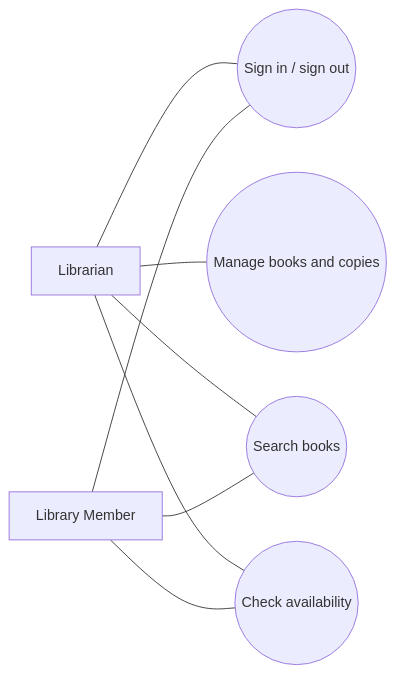
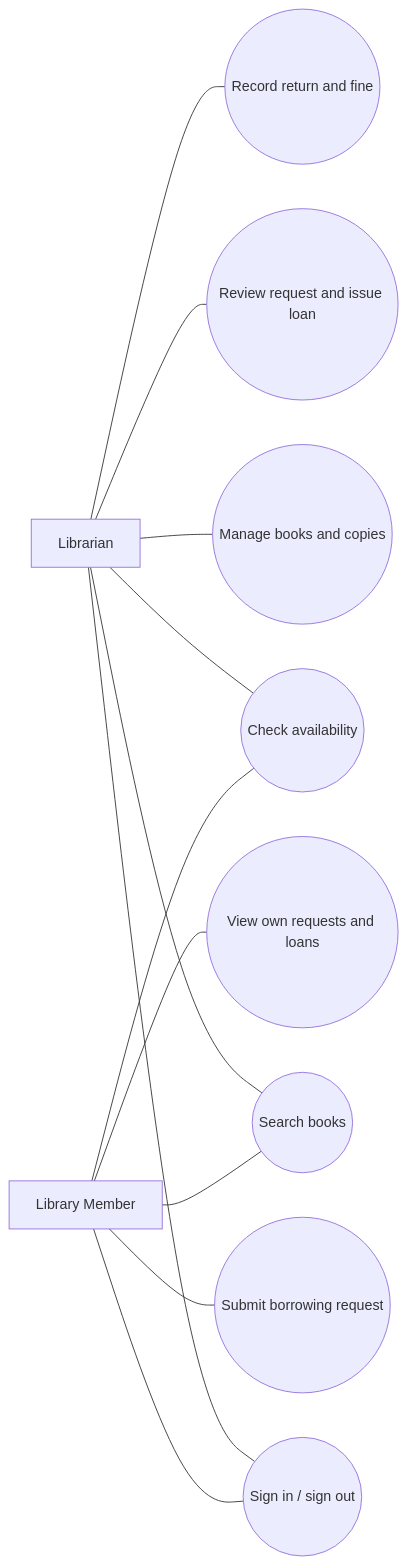
The diagram in docs/design/use-case-diagram.mmd (trithanh1577/261_72ITSE41704_2474802010400_E-Library), drawn with Mermaid before and after one commit. The commit also changed 35 other files, not shown here.

```diff
--- a/docs/design/use-case-diagram.mmd
+++ b/docs/design/use-case-diagram.mmd
@@ -1,14 +1,22 @@
 flowchart LR
     L[Librarian]
     M[Library Member]
     UC1((Sign in / sign out))
     UC2((Manage books and copies))
     UC3((Search books))
     UC4((Check availability))
+    UC5((Submit borrowing request))
+    UC6((Review request and issue loan))
+    UC7((Record return and fine))
+    UC8((View own requests and loans))
     L --- UC1
     M --- UC1
     L --- UC2
     L --- UC3
     M --- UC3
     L --- UC4
     M --- UC4
+    M --- UC5
+    L --- UC6
+    L --- UC7
+    M --- UC8
```
